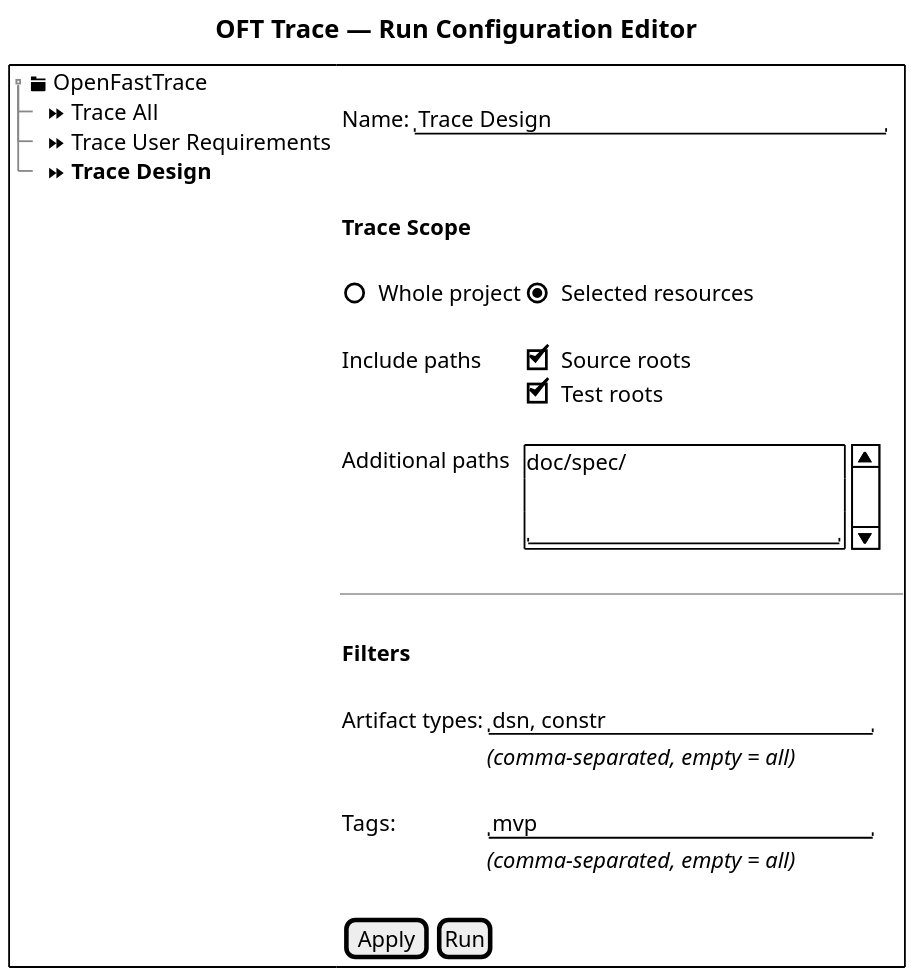
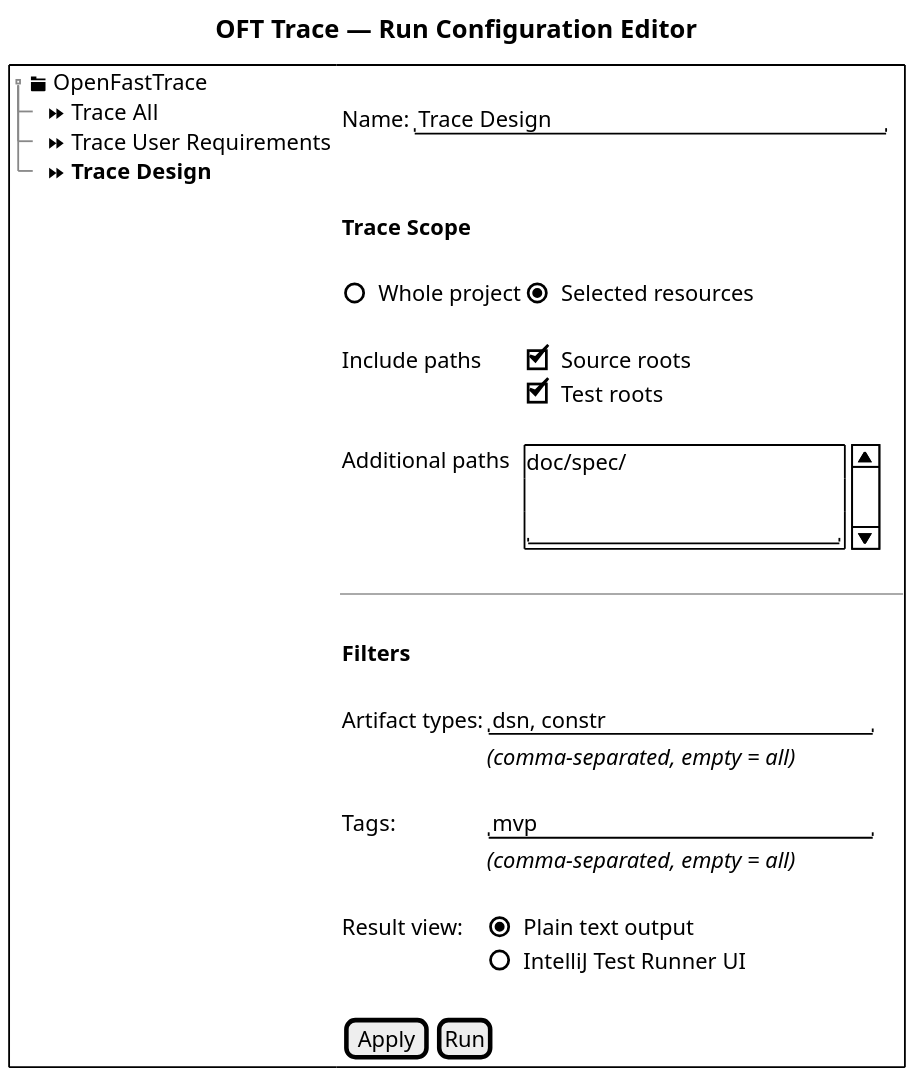
The second of 2 diagrams in doc/design/building_block_view.md (itsallcode/openfasttrace-intellij-plugin), drawn with PlantUML before and after one commit. The commit also changed other lines of this file and 4 other files, not shown here.

Commit message:
#40: Design for trace result in test result UI.

````diff
--- a/doc/design/building_block_view.md
+++ b/doc/design/building_block_view.md
@@ -270,54 +296,57 @@
 ```plantuml
 @startsalt
 title OFT Trace — Run Configuration Editor
 scale 2
 {+
   {T
     + <&folder> OpenFastTrace
     ++ <&media-skip-forward> Trace All
     ++ <&media-skip-forward> Trace User Requirements
     ++ <&media-skip-forward> <b>Trace Design
   } |
   {
     {
         .
         Name: | "Trace Design                    "
         .
     }
     {
         .
         <b>Trace Scope
         .
         ()  Whole project         |  (X) Selected resources
         .                         | .
         Include paths             | [X] Source roots
         .                         | [X] Test roots
         .                         | .
         Additional paths          | {SI
                                      doc/spec/
 
                                      .
                                      "                     "
                                     }
         .
       }
       ---
       {
         .
         <b>Filters      | .
         .               | .
         Artifact types: | "dsn, constr               "
         .               | <i>(comma-separated, empty = all)
         .               | .
         Tags:           | "mvp                       "
         .               | <i>(comma-separated, empty = all)
         .               | .
+        Result view:    | (X) Plain text output
+        .               | ()  IntelliJ Test Runner UI
+        .               | .
     }
 
     {
       [Apply] | [Run]
     }
   }
 }
 @endsalt
 ```
````
